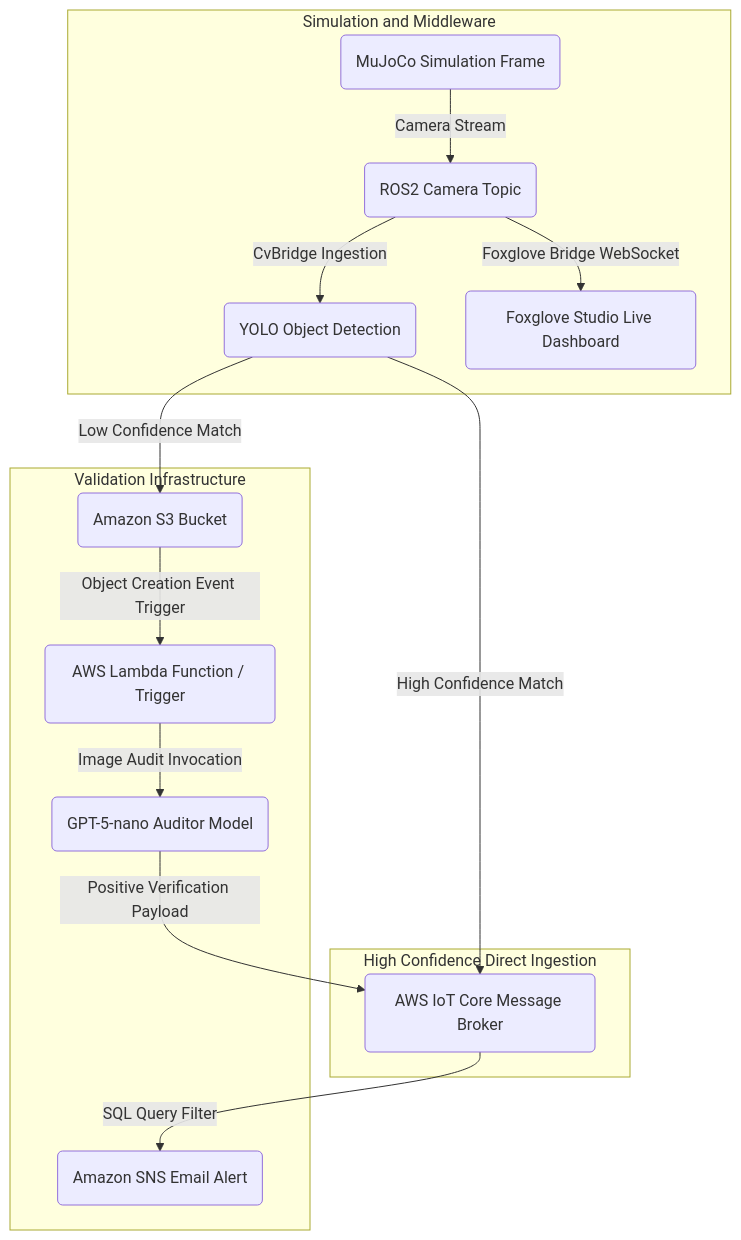
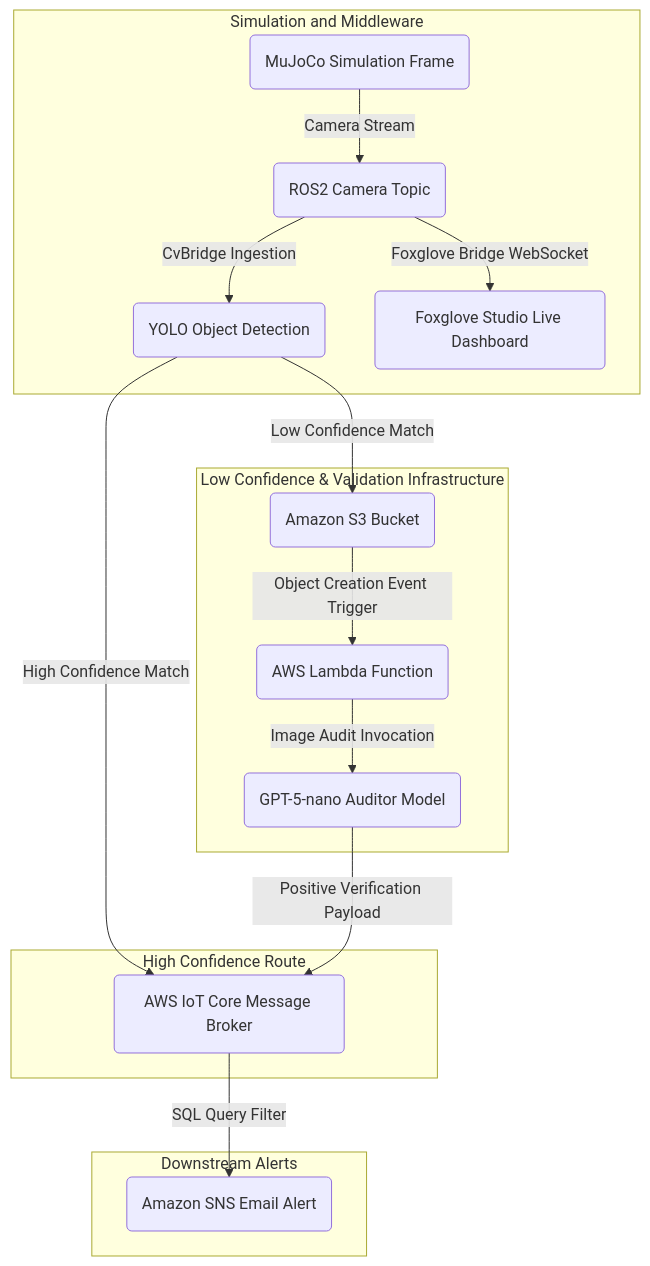
One commit to manuelftech/physical-ai-control changed the diagram in README.md. Above: the diagram before and after it, drawn with Mermaid. The commit also changed other lines of this file, not shown here.

````diff
--- a/README.md
+++ b/README.md
@@ -33,20 +33,23 @@
 ```mermaid
 graph TD
     subgraph Simulation and Middleware
         MUJOCO("MuJoCo Simulation Frame") --> |Camera Stream| ROS2("ROS2 Camera Topic")
         ROS2 --> |CvBridge Ingestion| YOLO("YOLO Object Detection")
         ROS2 --> |Foxglove Bridge WebSocket| FOXGLOVE("Foxglove Studio Live Dashboard")
     end
 
-    subgraph High Confidence Direct Ingestion
+    subgraph High Confidence Route
         YOLO --> |High Confidence Match| IOT("AWS IoT Core Message Broker")
     end
 
-    subgraph Validation Infrastructure
+    subgraph Low Confidence & Validation Infrastructure
         YOLO --> |Low Confidence Match| S3("Amazon S3 Bucket")
-        S3 --> |Object Creation Event Trigger| LAMBDA("AWS Lambda Function / Trigger")
+        S3 --> |Object Creation Event Trigger| LAMBDA("AWS Lambda Function")
         LAMBDA --> |Image Audit Invocation| CHATGPT("GPT-5-nano Auditor Model")
         CHATGPT --> |Positive Verification Payload| IOT
+    end
+
+    subgraph Downstream Alerts
         IOT --> |SQL Query Filter| SNS("Amazon SNS Email Alert")
     end
 ```
````
